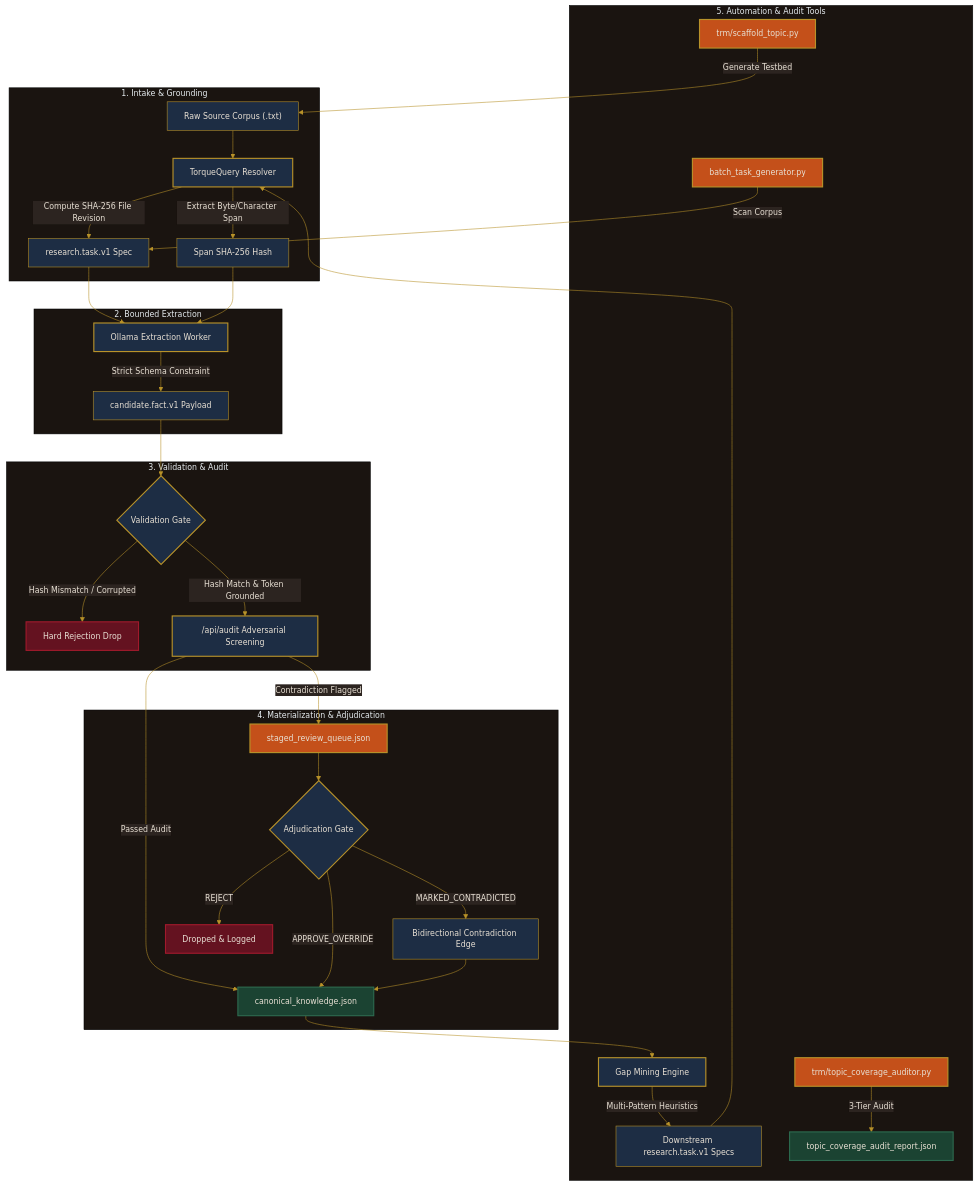
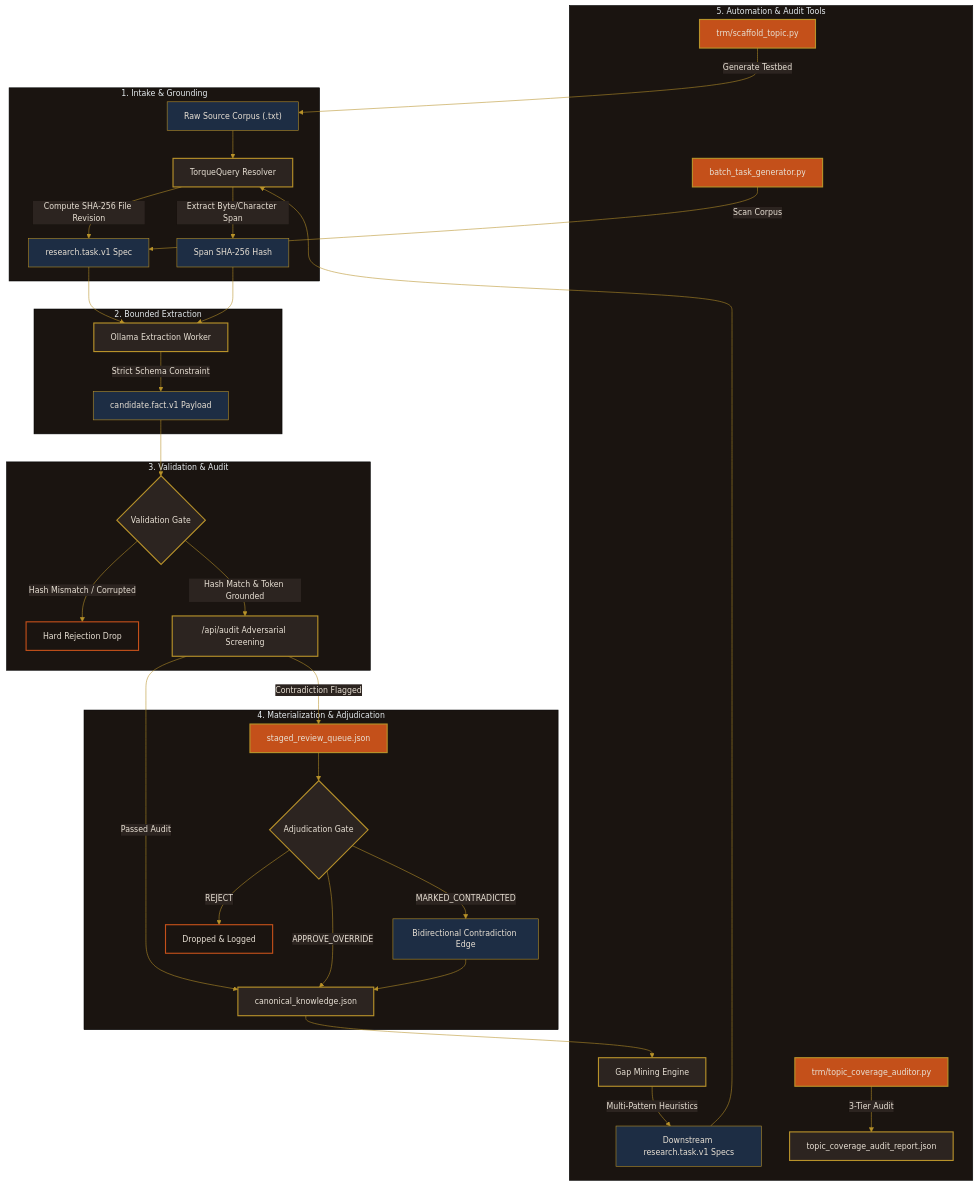
Before and after one commit to sorensencc-dotcom/toolforge: the diagram in wiki/ControlledEvidencePipeline.md, drawn with Mermaid. The commit also changed other lines of this file and 52 other files, not shown here.

````diff
--- a/wiki/ControlledEvidencePipeline.md
+++ b/wiki/ControlledEvidencePipeline.md
@@ -13,62 +15,62 @@
 ```mermaid
 %%{init: {
   'theme': 'base',
   'themeVariables': {
     'primaryColor': '#1d2d44',
     'primaryTextColor': '#E8E0D4',
     'primaryBorderColor': '#B8922A',
     'lineColor': '#B8922A',
     'secondaryColor': '#2C2420',
     'tertiaryColor': '#1A1410',
     'fontFamily': 'Barlow Condensed, sans-serif',
     'fontSize': '14px'
   }
 }}%%
 flowchart TD
     subgraph Ingestion["1. Intake & Grounding"]
         A["Raw Source Corpus (.txt)"] --> B["TorqueQuery Resolver"]
         B -->|Compute SHA-256 File Revision| C["research.task.v1 Spec"]
         B -->|Extract Byte/Character Span| D["Span SHA-256 Hash"]
     end
 
     subgraph Extraction["2. Bounded Extraction"]
         C --> E["Ollama Extraction Worker"]
         D --> E
         E -->|Strict Schema Constraint| F["candidate.fact.v1 Payload"]
     end
 
     subgraph Validation["3. Validation & Audit"]
         F --> G{"Validation Gate"}
         G -->|Hash Mismatch / Corrupted| H["Hard Rejection Drop"]
         G -->|Hash Match & Token Grounded| I["/api/audit Adversarial Screening"]
     end
 
     subgraph Storage["4. Materialization & Adjudication"]
         I -->|Passed Audit| J["canonical_knowledge.json"]
         I -->|Contradiction Flagged| K["staged_review_queue.json"]
         K --> L{"Adjudication Gate"}
         L -->|APPROVE_OVERRIDE| J
         L -->|MARKED_CONTRADICTED| M["Bidirectional Contradiction Edge"]
         M --> J
         L -->|REJECT| N["Dropped & Logged"]
     end
 
     subgraph Automation["5. Automation & Audit Tools"]
         J --> O["Gap Mining Engine"]
         O -->|Multi-Pattern Heuristics| P["Downstream research.task.v1 Specs"]
         P --> B
         Q["batch_task_generator.py"] -->|Scan Corpus| C
         R["trm/scaffold_topic.py"] -->|Generate Testbed| A
         S["trm/topic_coverage_auditor.py"] -->|3-Tier Audit| T["topic_coverage_audit_report.json"]
     end
 
-    classDef pass fill:#1b4332,color:#E8E0D4,stroke:#2d6a4f,stroke-width:2px;
-    classDef fail fill:#641220,color:#E8E0D4,stroke:#a01a2c,stroke-width:2px;
-    classDef process fill:#1d2d44,color:#E8E0D4,stroke:#B8922A,stroke-width:2px;
+    classDef pass fill:#2C2420,color:#E8E0D4,stroke:#B8922A,stroke-width:2px;
+    classDef fail fill:#1A1410,color:#E8E0D4,stroke:#C4501A,stroke-width:2px;
+    classDef process fill:#2C2420,color:#E8E0D4,stroke:#B8922A,stroke-width:2px;
     classDef ember fill:#C4501A,color:#E8E0D4,stroke:#B8922A,stroke-width:2px;
 
     class J,T pass;
     class H,N fail;
     class B,E,G,I,L,O process;
     class K,Q,R,S ember;
 ```
````
